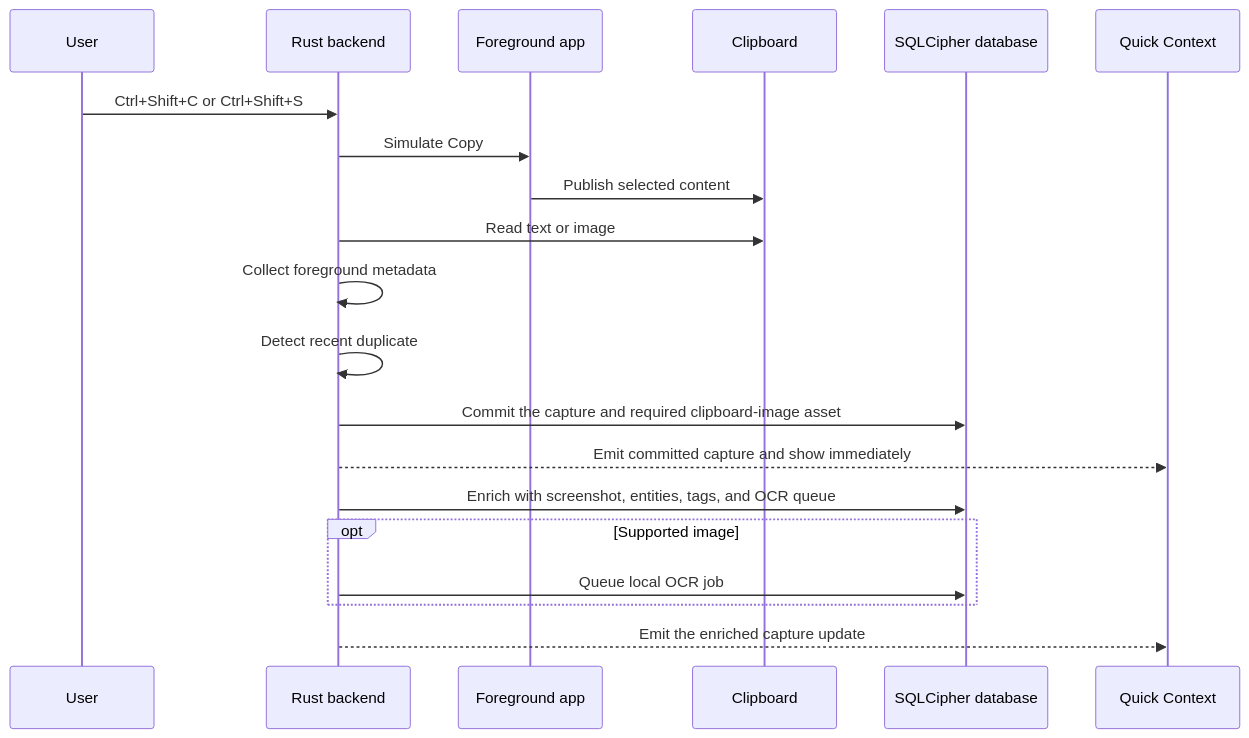
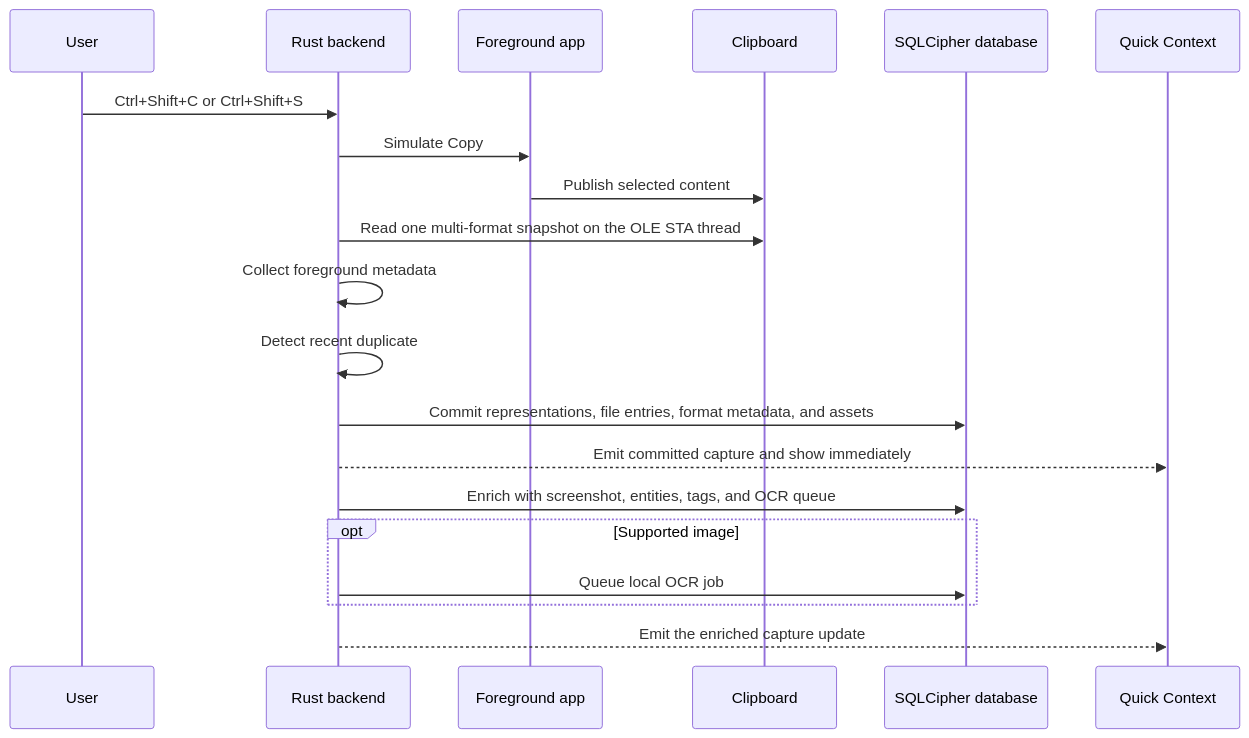
The second of 2 diagrams in ARCHITECTURE.md (Lucas-Damasceno/ScyPuppy), drawn with Mermaid before and after one commit. The commit also changed other lines of this file and 26 other files, not shown here.

Commit message:
feat: support multi-format Windows clipboard

````diff
--- a/ARCHITECTURE.md
+++ b/ARCHITECTURE.md
@@ -90,23 +90,23 @@
 ```mermaid
 sequenceDiagram
     participant U as User
     participant R as Rust backend
     participant W as Foreground app
     participant C as Clipboard
     participant D as SQLCipher database
     participant Q as Quick Context
 
     U->>R: Ctrl+Shift+C or Ctrl+Shift+S
     R->>W: Simulate Copy
     W->>C: Publish selected content
-    R->>C: Read text or image
+    R->>C: Read one multi-format snapshot on the OLE STA thread
     R->>R: Collect foreground metadata
     R->>R: Detect recent duplicate
-    R->>D: Commit the capture and required clipboard-image asset
+    R->>D: Commit representations, file entries, format metadata, and assets
     R-->>Q: Emit committed capture and show immediately
     R->>D: Enrich with screenshot, entities, tags, and OCR queue
     opt Supported image
         R->>D: Queue local OCR job
     end
     R-->>Q: Emit the enriched capture update
 ```
````
